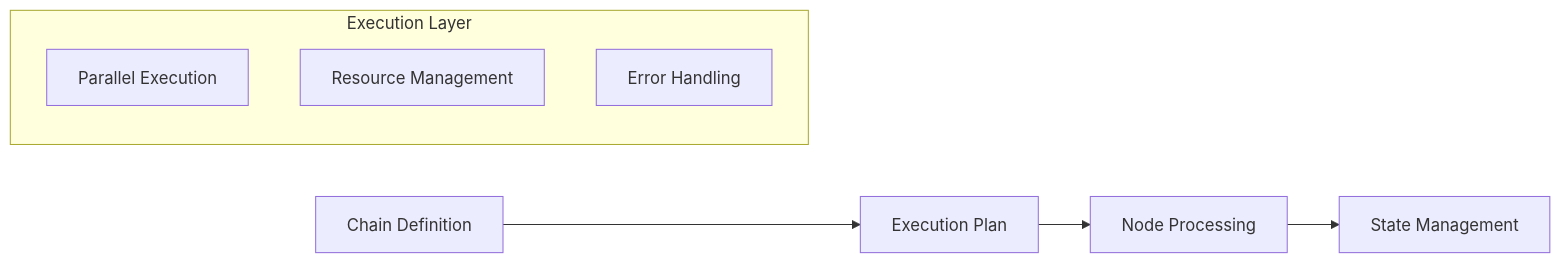
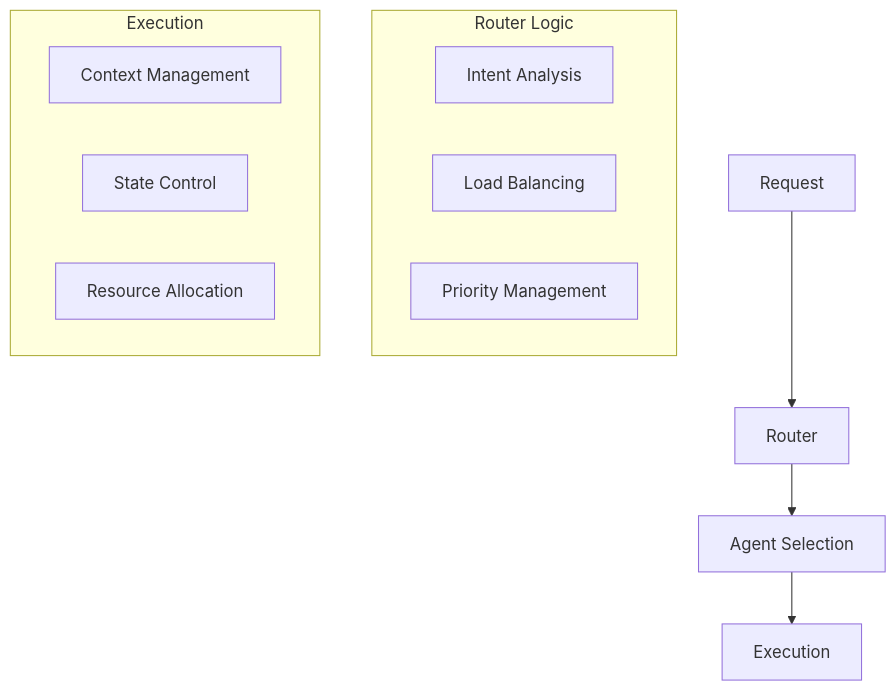
Before and after one commit to badaitech/badai-docs: the first of 3 diagrams in docs/02_architecture/overview.md, drawn with Mermaid. The commit also changed other lines of this file and 6 other files, not shown here.

````diff
--- a/docs/02_architecture/overview.md
+++ b/docs/02_architecture/overview.md
@@ -42,12 +86,18 @@
 ```mermaid
-graph LR
-    A[Chain Definition] --> B[Execution Plan]
-    B --> C[Node Processing]
-    C --> D[State Management]
+graph TD
+    A[Request] --> B[Router]
+    B --> C[Agent Selection]
+    C --> D[Execution]
     
-    subgraph "Execution Layer"
-        C1[Parallel Execution]
-        C2[Resource Management]
-        C3[Error Handling]
+    subgraph "Router Logic"
+        B1[Intent Analysis]
+        B2[Load Balancing]
+        B3[Priority Management]
+    end
+    
+    subgraph "Execution"
+        D1[Context Management]
+        D2[State Control]
+        D3[Resource Allocation]
     end
 ```
````
